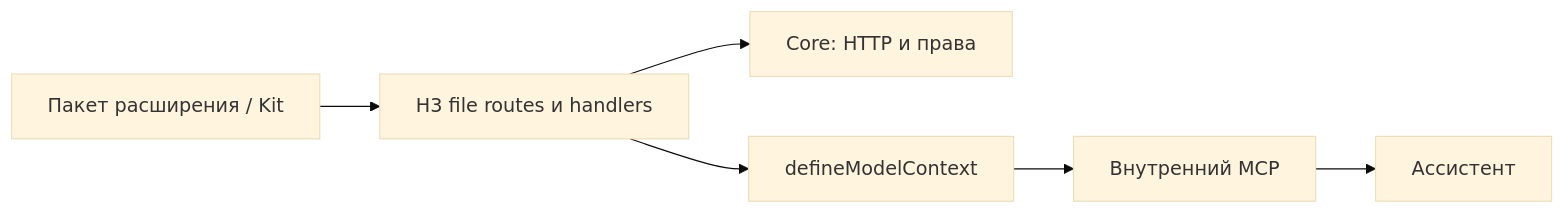
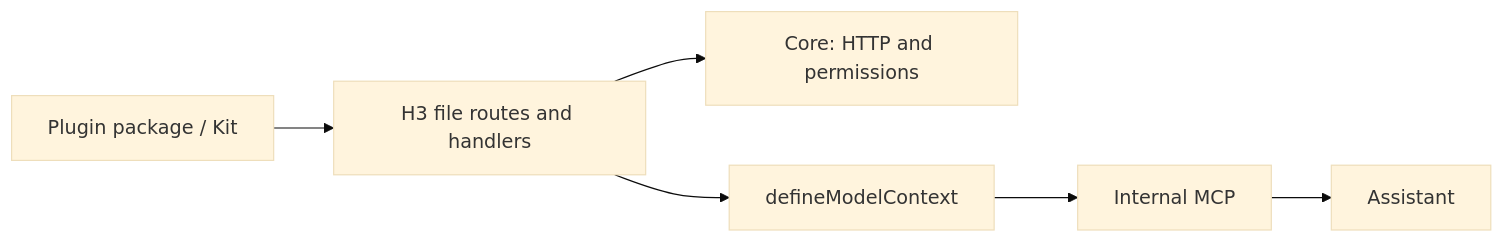
One commit to Asmblyr/Collaborative changed the second of 2 diagrams in docs/development/architecture.md. Above: the diagram before and after it, drawn with Mermaid (base theme). The commit also changed other lines of this file and 147 other files, not shown here.

````diff
--- a/docs/development/architecture.md
+++ b/docs/development/architecture.md
@@ -59,8 +64,8 @@
 ```mermaid
 flowchart LR
-  Package[Пакет расширения / Kit] --> Routes[H3 file routes и handlers]
-  Routes --> Core[Core: HTTP и права]
+  Package[Plugin package / Kit] --> Routes[H3 file routes and handlers]
+  Routes --> Core[Core: HTTP and permissions]
   Routes --> Context[defineModelContext]
-  Context --> MCP[Внутренний MCP]
-  MCP --> Assistant[Ассистент]
+  Context --> MCP[Internal MCP]
+  MCP --> Assistant[Assistant]
 ```
````
